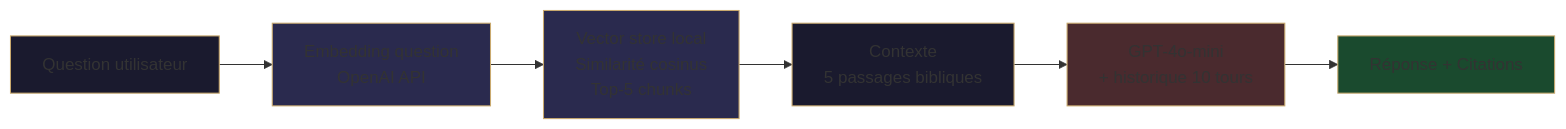
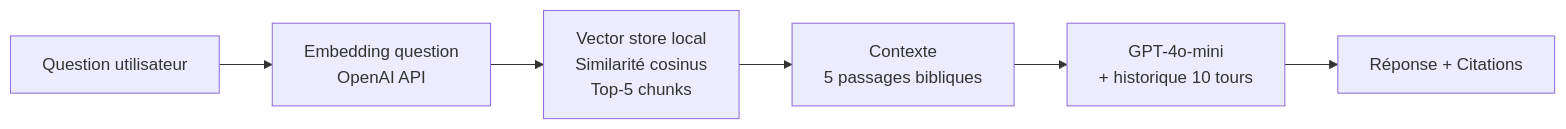
One commit to lewenbach228/MAS--Agent-RAG---God-en-Live changed the second of 2 diagrams in README.md. Above: the diagram before and after it, drawn with Mermaid. The commit also changed other lines of this file, not shown here.

````diff
--- a/README.md
+++ b/README.md
@@ -80,15 +25,8 @@
 ```mermaid
 flowchart LR
   Q[Question utilisateur] --> E1[Embedding question<br/>OpenAI API]
   E1 --> VS[Vector store local<br/>Similarité cosinus<br/>Top-5 chunks]
   VS --> CTX[Contexte<br/>5 passages bibliques]
   CTX --> LLM[GPT-4o-mini<br/>+ historique 10 tours]
   LLM --> R[Réponse + Citations]
-
-  style Q fill:#1a1a2e,stroke:#c9a96e
-  style E1 fill:#2a2a4e,stroke:#c9a96e
-  style VS fill:#2a2a4e,stroke:#c9a96e
-  style CTX fill:#1a1a2e,stroke:#c9a96e
-  style LLM fill:#4a2a2e,stroke:#c9a96e
-  style R fill:#1a4a2e,stroke:#c9a96e
 ```
````
